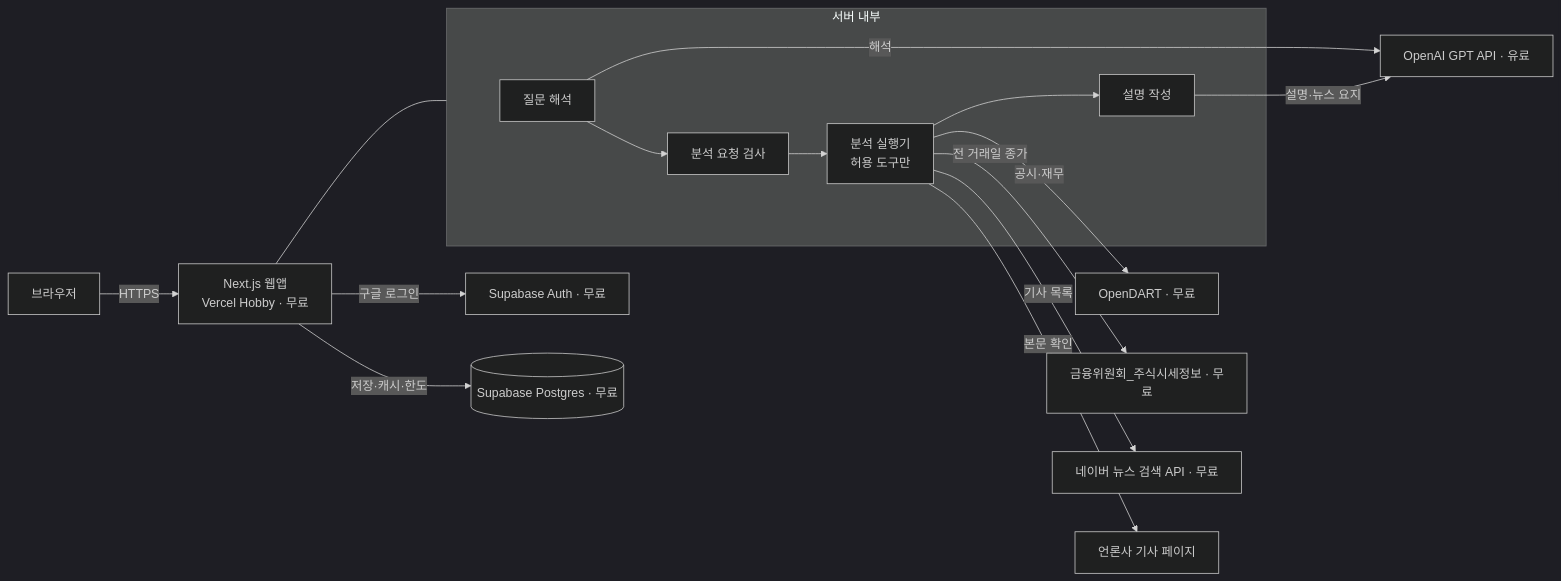
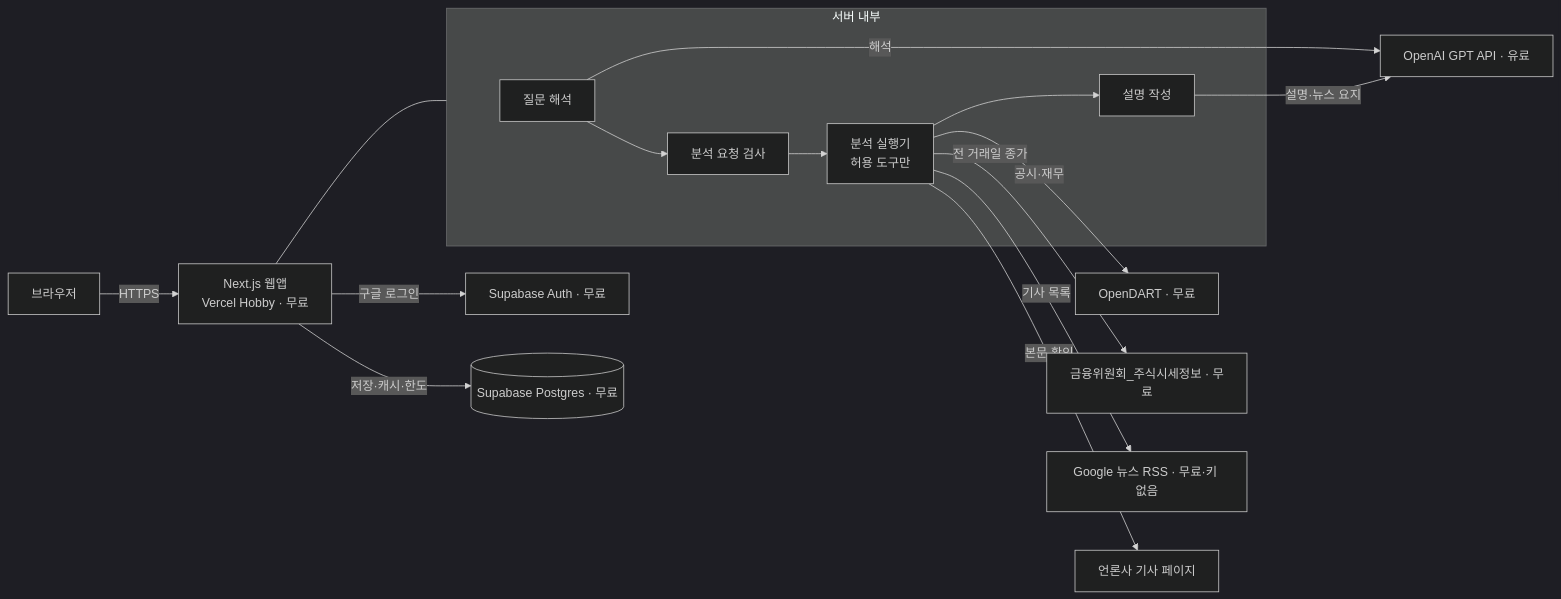
The first of 2 diagrams in DevelopDoc/TECH_SPEC.md (Benji5526/project_sleepyheads), drawn with Mermaid (dark theme) before and after one commit. The commit also changed other lines of this file and 18 other files, not shown here.

````diff
--- a/DevelopDoc/TECH_SPEC.md
+++ b/DevelopDoc/TECH_SPEC.md
@@ -42,18 +43,18 @@
 ```mermaid
 flowchart LR
     U[브라우저] -->|HTTPS| W[Next.js 웹앱<br/>Vercel Hobby · 무료]
     W -->|구글 로그인| A[Supabase Auth · 무료]
     W -->|저장·캐시·한도| D[(Supabase Postgres · 무료)]
     subgraph S[서버 내부]
       I[질문 해석] --> V[분석 요청 검사]
       V --> X[분석 실행기<br/>허용 도구만]
       X --> E[설명 작성]
     end
     W --- S
     X -->|공시·재무| O[OpenDART · 무료]
     X -->|전 거래일 종가| P[금융위원회_주식시세정보 · 무료]
-    X -->|기사 목록| N[네이버 뉴스 검색 API · 무료]
+    X -->|기사 목록| N[Google 뉴스 RSS · 무료·키 없음]
     X -->|본문 확인| C[언론사 기사 페이지]
     I -->|해석| L[OpenAI GPT API · 유료]
     E -->|설명·뉴스 요지| L
 ```
````
